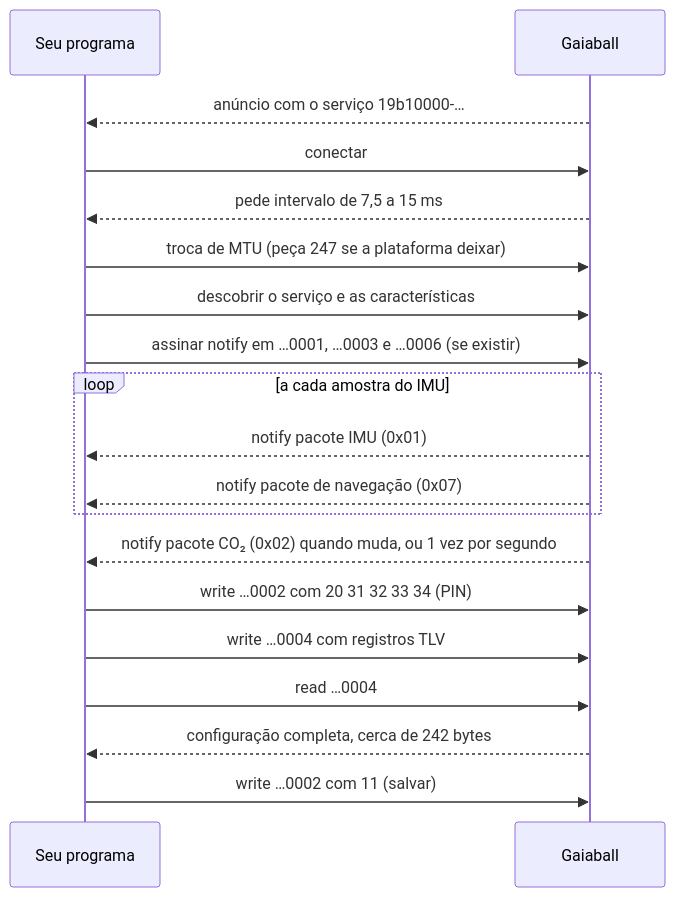
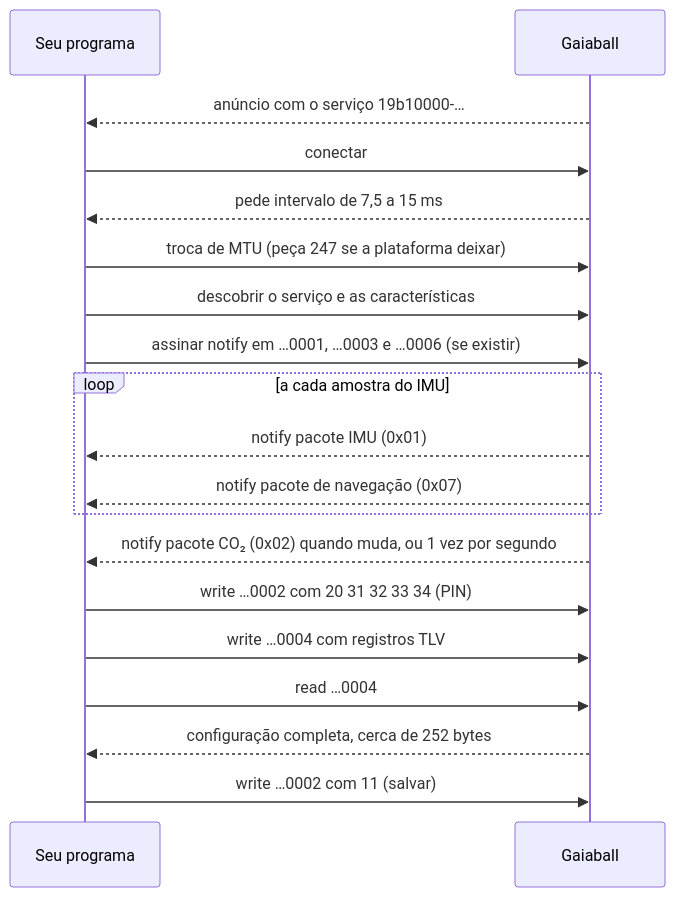
Before and after one commit to GaiaSenses/Gaiasenses-web: the third of 3 diagrams in docs/gaiaball-protocolo-ble.md, drawn with Mermaid. The commit also changed other lines of this file, not shown here.

````diff
--- a/docs/gaiaball-protocolo-ble.md
+++ b/docs/gaiaball-protocolo-ble.md
@@ -1049,21 +1057,21 @@
 ```mermaid
 sequenceDiagram
   participant C as Seu programa
   participant B as Gaiaball
   B-->>C: anúncio com o serviço 19b10000-…
   C->>B: conectar
   B-->>C: pede intervalo de 7,5 a 15 ms
   C->>B: troca de MTU (peça 247 se a plataforma deixar)
   C->>B: descobrir o serviço e as características
   C->>B: assinar notify em …0001, …0003 e …0006 (se existir)
   loop a cada amostra do IMU
     B-->>C: notify pacote IMU (0x01)
     B-->>C: notify pacote de navegação (0x07)
   end
   B-->>C: notify pacote CO₂ (0x02) quando muda, ou 1 vez por segundo
   C->>B: write …0002 com 20 31 32 33 34 (PIN)
   C->>B: write …0004 com registros TLV
   C->>B: read …0004
-  B-->>C: configuração completa, cerca de 242 bytes
+  B-->>C: configuração completa, cerca de 252 bytes
   C->>B: write …0002 com 11 (salvar)
 ```
````
